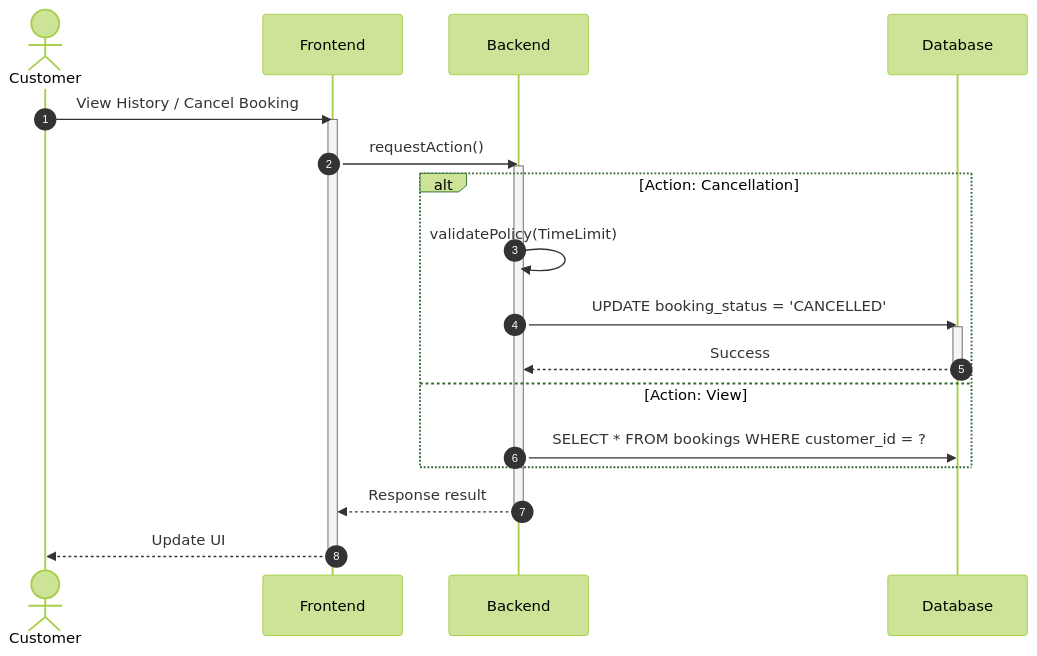
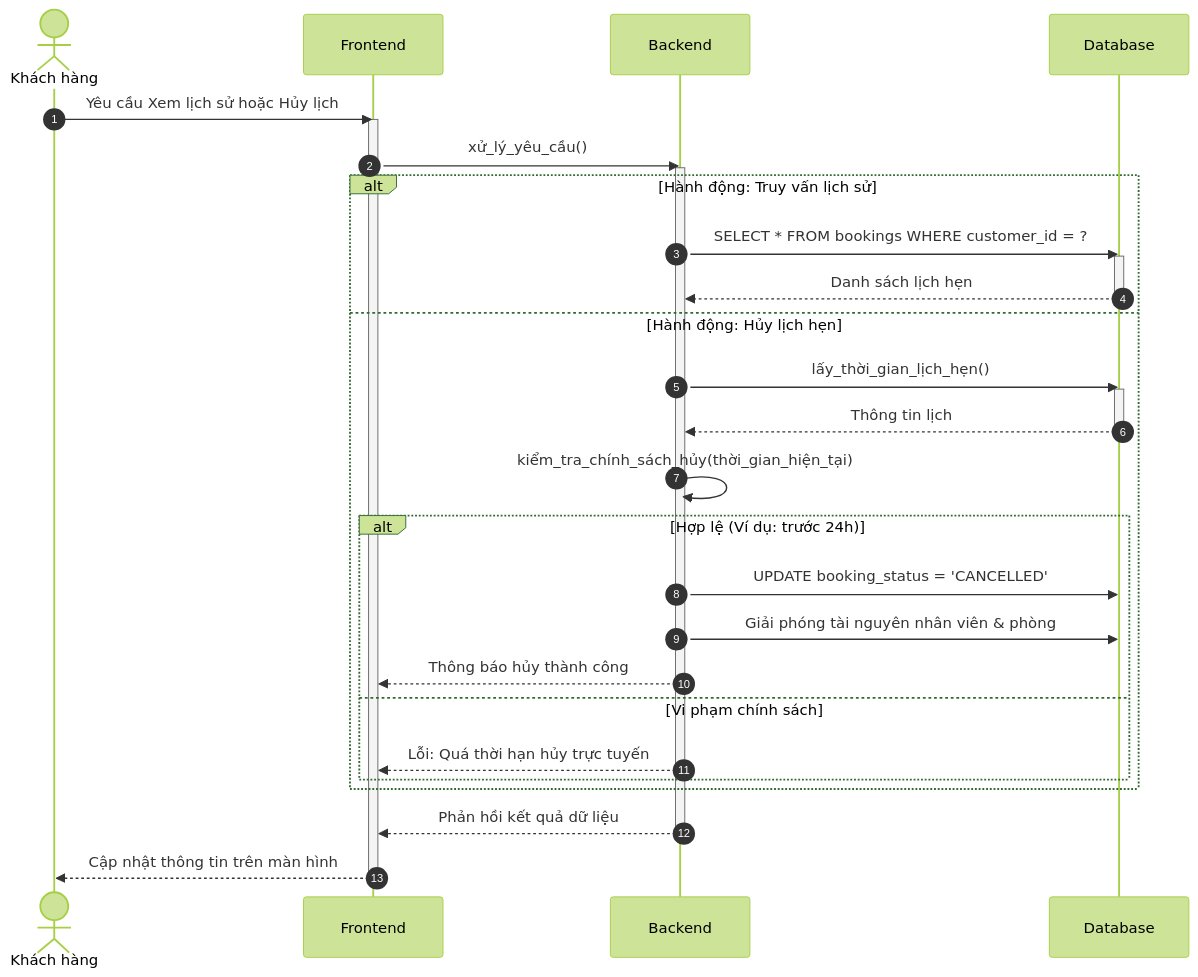
One commit to ngoctinn/Synapse changed the third of 4 diagrams in docs/design/sequences_simplified/customer_flows.md. Above: the diagram before and after it, drawn with Mermaid (forest theme). The commit also changed other lines of this file and 4 other files, not shown here.

Commit message:
docs: Add simplified sequence diagrams for authentication and various user flows.

````diff
--- a/docs/design/sequences_simplified/customer_flows.md
+++ b/docs/design/sequences_simplified/customer_flows.md
@@ -148,28 +76,39 @@
 ```mermaid
 sequenceDiagram
     autonumber
-    actor KH as Customer
+    actor KH as Khách hàng
     participant FE as Frontend
     participant BE as Backend
     participant DB as Database
 
-    KH->>FE: View History / Cancel Booking
+    KH->>FE: Yêu cầu Xem lịch sử hoặc Hủy lịch
     activate FE
-    FE->>BE: requestAction()
+    FE->>BE: xử_lý_yêu_cầu()
     activate BE
 
-    alt Action: Cancellation
-        BE->>BE: validatePolicy(TimeLimit)
-        BE->>DB: UPDATE booking_status = 'CANCELLED'
+    alt Hành động: Truy vấn lịch sử
+        BE->>DB: SELECT * FROM bookings WHERE customer_id = ?
         activate DB
-        DB-->>BE: Success
+        DB-->>BE: Danh sách lịch hẹn
         deactivate DB
-    else Action: View
-        BE->>DB: SELECT * FROM bookings WHERE customer_id = ?
+    else Hành động: Hủy lịch hẹn
+        BE->>DB: lấy_thời_gian_lịch_hẹn()
+        activate DB
+        DB-->>BE: Thông tin lịch
+        deactivate DB
+        BE->>BE: kiểm_tra_chính_sách_hủy(thời_gian_hiện_tại)
+
+        alt Hợp lệ (Ví dụ: trước 24h)
+            BE->>DB: UPDATE booking_status = 'CANCELLED'
+            BE->>DB: Giải phóng tài nguyên nhân viên & phòng
+            BE-->>FE: Thông báo hủy thành công
+        else Vi phạm chính sách
+            BE-->>FE: Lỗi: Quá thời hạn hủy trực tuyến
+        end
     end
 
-    BE-->>FE: Response result
+    BE-->>FE: Phản hồi kết quả dữ liệu
     deactivate BE
-    FE-->>KH: Update UI
+    FE-->>KH: Cập nhật thông tin trên màn hình
     deactivate FE
 ```
````
